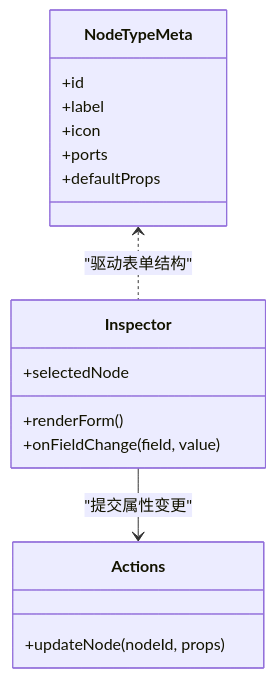
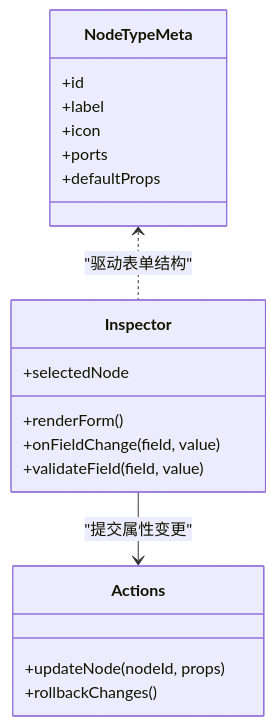
One commit to AIMFllyYS/code-video-canvas changed the ninth of 12 diagrams in .qoder/repowiki/zh/content/架构设计/核心模块设计/画布编辑器设计/画布编辑器设计.md. Above: the diagram before and after it, drawn with Mermaid. The commit also changed other lines of this file and 31 other files, not shown here.

````diff
--- a/.qoder/repowiki/zh/content/架构设计/核心模块设计/画布编辑器设计/画布编辑器设计.md
+++ b/.qoder/repowiki/zh/content/架构设计/核心模块设计/画布编辑器设计/画布编辑器设计.md
@@ -405,20 +423,22 @@
 ```mermaid
 classDiagram
 class NodeTypeMeta {
 +id
 +label
 +icon
 +ports
 +defaultProps
 }
 class Inspector {
 +selectedNode
 +renderForm()
 +onFieldChange(field, value)
++validateField(field, value)
 }
 class Actions {
 +updateNode(nodeId, props)
++rollbackChanges()
 }
 Inspector --> Actions : "提交属性变更"
 NodeTypeMeta <.. Inspector : "驱动表单结构"
 ```
````
